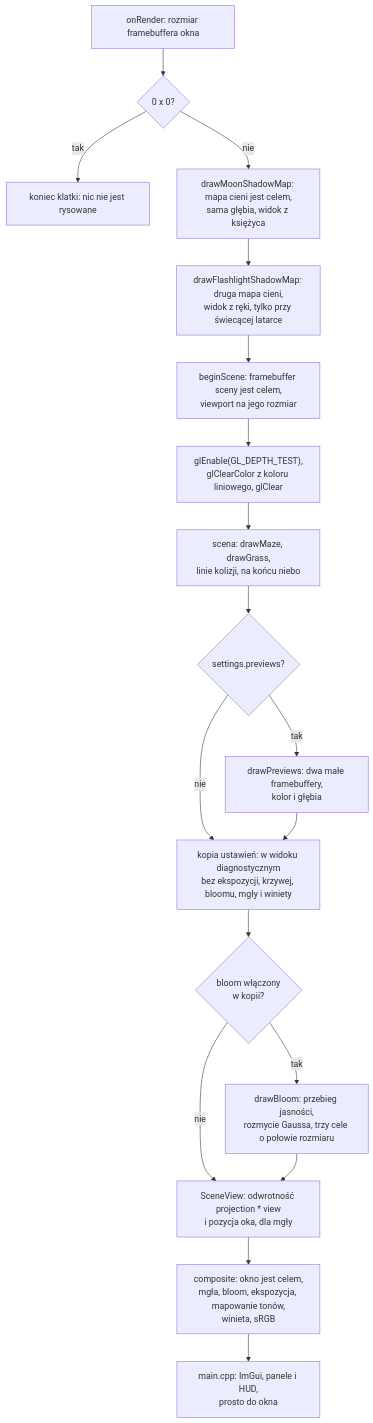
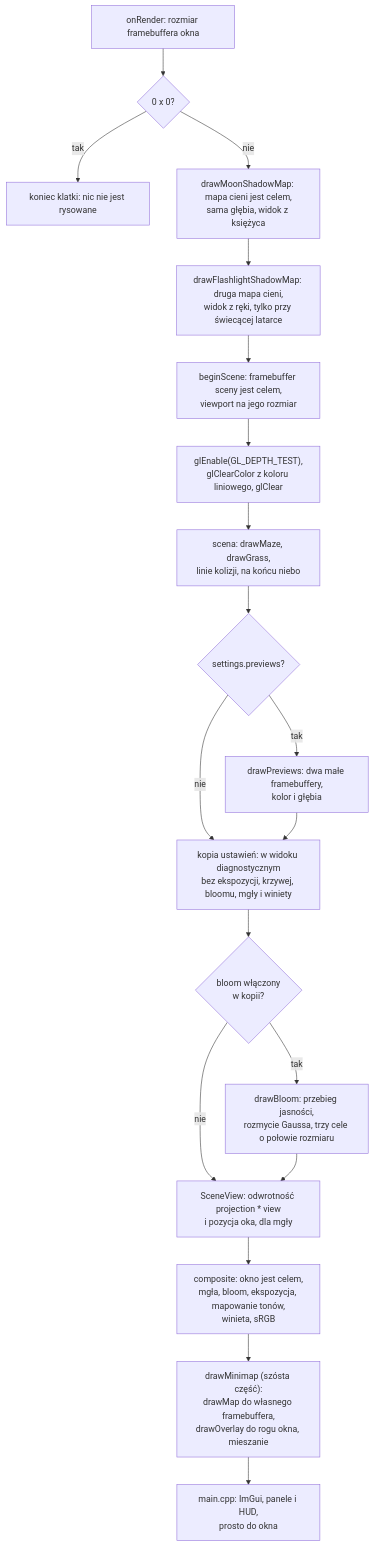
Before and after one commit to Shironex/night-maze: the second of 4 diagrams in docs/modules/renderer/post-process.md, drawn with Mermaid. The commit also changed other lines of this file and 59 other files, not shown here.

````diff
--- a/docs/modules/renderer/post-process.md
+++ b/docs/modules/renderer/post-process.md
@@ -268,20 +270,21 @@
 ```mermaid
 flowchart TD
     A["onRender: rozmiar framebuffera okna"] --> B{"0 x 0?"}
     B -->|tak| Z["koniec klatki: nic nie jest rysowane"]
     B -->|nie| S["drawMoonShadowMap: mapa cieni jest celem,<br/>sama głębia, widok z księżyca"]
     S --> S2["drawFlashlightShadowMap: druga mapa cieni,<br/>widok z ręki, tylko przy świecącej latarce"]
     S2 --> C["beginScene: framebuffer sceny jest celem,<br/>viewport na jego rozmiar"]
     C --> D["glEnable(GL_DEPTH_TEST),<br/>glClearColor z koloru liniowego, glClear"]
     D --> E["scena: drawMaze, drawGrass,<br/>linie kolizji, na końcu niebo"]
     E --> F{"settings.previews?"}
     F -->|tak| G["drawPreviews: dwa małe framebuffery,<br/>kolor i głębia"]
     F -->|nie| K
     G --> K["kopia ustawień: w widoku diagnostycznym<br/>bez ekspozycji, krzywej, bloomu, mgły i winiety"]
     K --> L{"bloom włączony<br/>w kopii?"}
     L -->|tak| M["drawBloom: przebieg jasności,<br/>rozmycie Gaussa, trzy cele o połowie rozmiaru"]
     L -->|nie| V
     M --> V["SceneView: odwrotność projection * view<br/>i pozycja oka, dla mgły"]
     V --> H["composite: okno jest celem,<br/>mgła, bloom, ekspozycja, mapowanie tonów,<br/>winieta, sRGB"]
-    H --> I["main.cpp: ImGui, panele i HUD,<br/>prosto do okna"]
+    H --> MM["drawMinimap (szósta część):<br/>drawMap do własnego framebuffera,<br/>drawOverlay do rogu okna, mieszanie"]
+    MM --> I["main.cpp: ImGui, panele i HUD,<br/>prosto do okna"]
 ```
````
